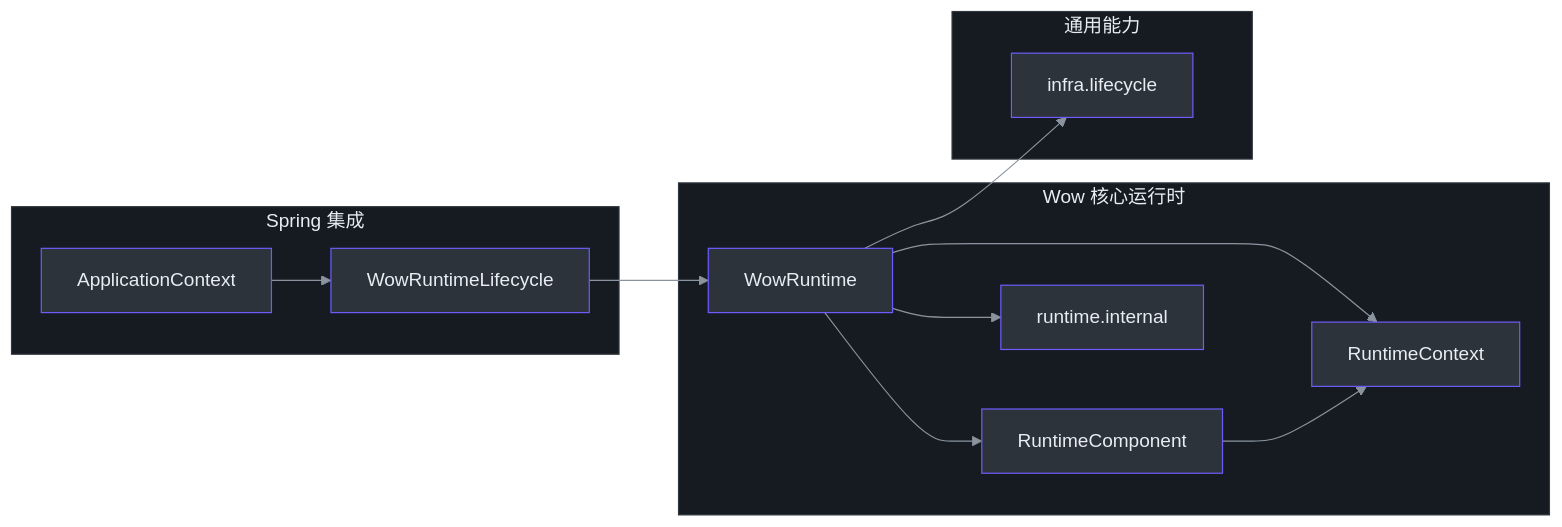
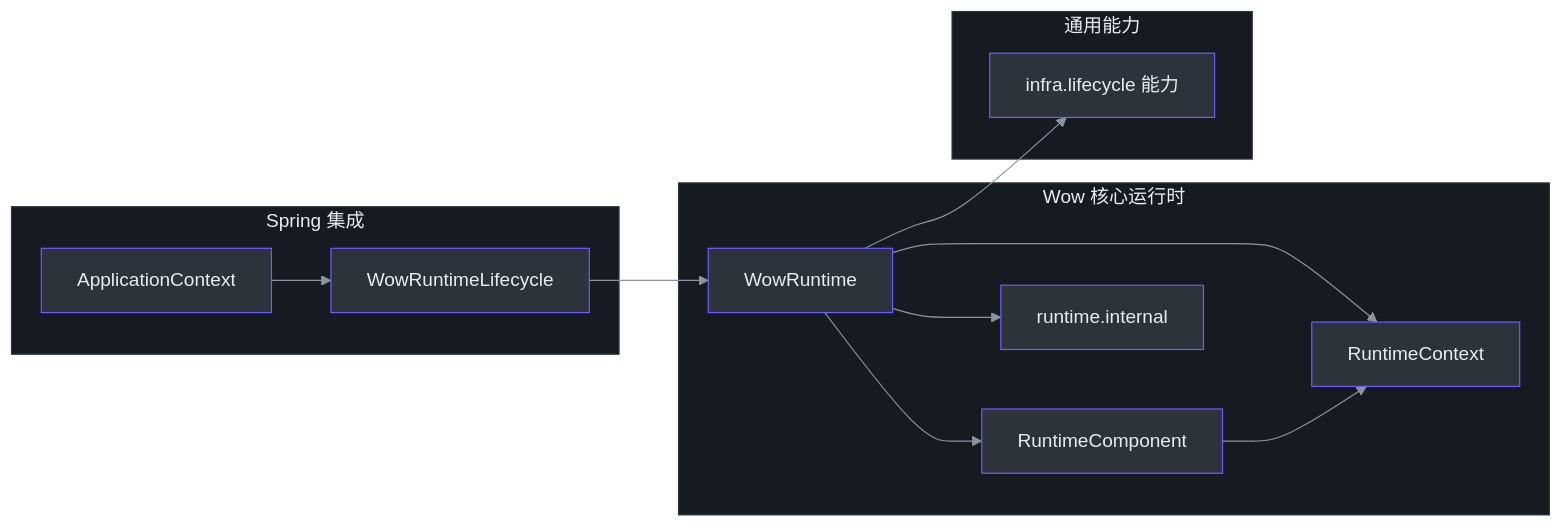
One commit to Ahoo-Wang/Wow changed the first of 5 diagrams in documentation/docs/zh/guide/advanced/runtime-lifecycle.md. Above: the diagram before and after it, drawn with Mermaid. The commit also changed other lines of this file and 55 other files, not shown here.

````diff
--- a/documentation/docs/zh/guide/advanced/runtime-lifecycle.md
+++ b/documentation/docs/zh/guide/advanced/runtime-lifecycle.md
@@ -39,31 +42,31 @@
 ```mermaid
 %%{init: {"theme":"base","themeVariables":{"primaryColor":"#2d333b","primaryBorderColor":"#6d5dfc","primaryTextColor":"#e6edf3","lineColor":"#8b949e","secondaryColor":"#161b22","tertiaryColor":"#161b22"}}}%%
 flowchart LR
     subgraph SPRING["Spring 集成"]
         APP["ApplicationContext"]
         BRIDGE["WowRuntimeLifecycle"]
     end
     subgraph CORE["Wow 核心运行时"]
         RUNTIME["WowRuntime"]
         COMPONENT["RuntimeComponent"]
         CONTEXT["RuntimeContext"]
         INTERNAL["runtime.internal"]
     end
     subgraph GENERIC["通用能力"]
-        LIFECYCLE["infra.lifecycle"]
+        LIFECYCLE["infra.lifecycle 能力"]
     end
 
     APP --> BRIDGE
     BRIDGE --> RUNTIME
     RUNTIME --> COMPONENT
     RUNTIME --> CONTEXT
     RUNTIME --> INTERNAL
     RUNTIME --> LIFECYCLE
     COMPONENT --> CONTEXT
 
     classDef runtime fill:#2d333b,stroke:#6d5dfc,color:#e6edf3
     class APP,BRIDGE,RUNTIME,COMPONENT,CONTEXT,INTERNAL,LIFECYCLE runtime
     style SPRING fill:#161b22,stroke:#30363d,color:#e6edf3
     style CORE fill:#161b22,stroke:#30363d,color:#e6edf3
     style GENERIC fill:#161b22,stroke:#30363d,color:#e6edf3
 ```
````
